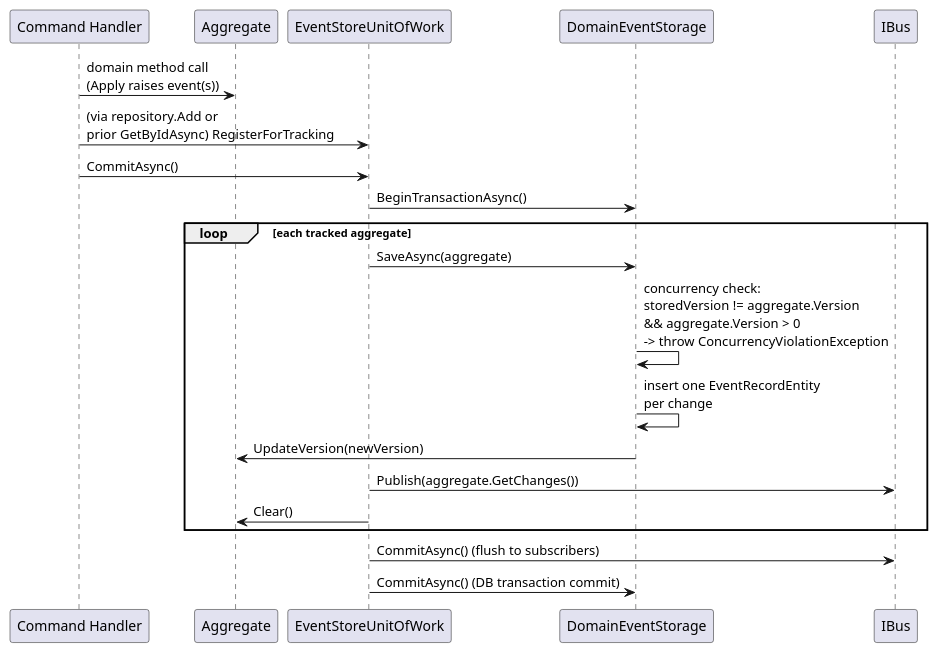
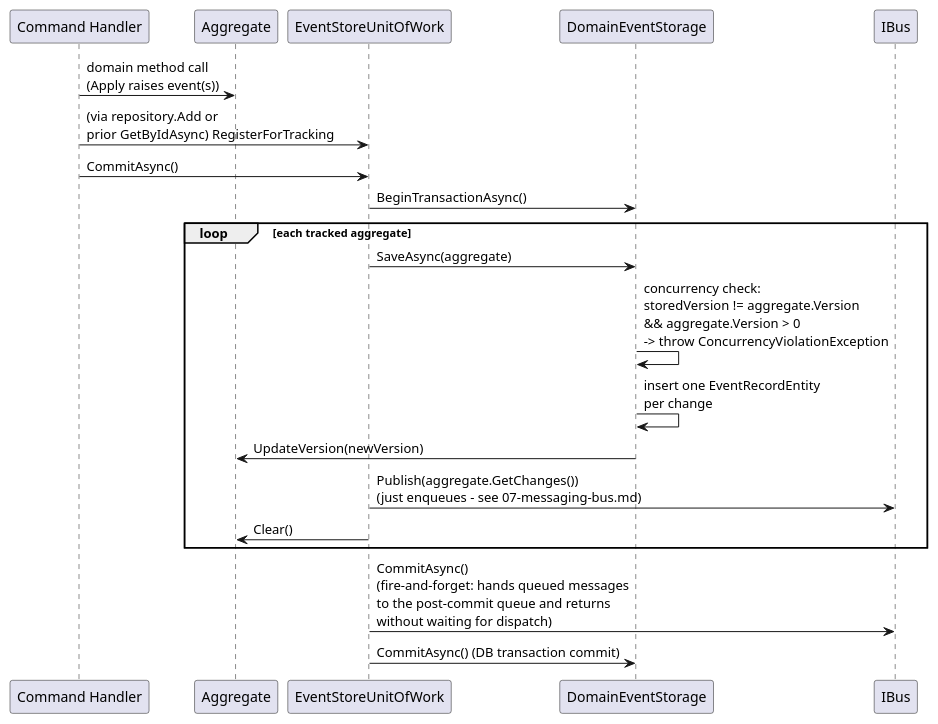
One commit to Mwwhited-BookLearning/fohjin-cqrs changed the sixth of 6 diagrams in docs/06-event-sourcing-infrastructure.md. Above: the diagram before and after it, drawn with PlantUML. The commit also changed other lines of this file and 8 other files, not shown here.

````diff
--- a/docs/06-event-sourcing-infrastructure.md
+++ b/docs/06-event-sourcing-infrastructure.md
@@ -188,24 +192,24 @@
 ```plantuml
 @startuml
 participant "Command Handler" as Handler
 participant "Aggregate" as Agg
 participant "EventStoreUnitOfWork" as Uow
 participant "DomainEventStorage" as Storage
 participant "IBus" as Bus
 
 Handler -> Agg : domain method call\n(Apply raises event(s))
 Handler -> Uow : (via repository.Add or\nprior GetByIdAsync) RegisterForTracking
 Handler -> Uow : CommitAsync()
 Uow -> Storage : BeginTransactionAsync()
 loop each tracked aggregate
     Uow -> Storage : SaveAsync(aggregate)
     Storage -> Storage : concurrency check:\nstoredVersion != aggregate.Version\n&& aggregate.Version > 0\n-> throw ConcurrencyViolationException
     Storage -> Storage : insert one EventRecordEntity\nper change
     Storage -> Agg : UpdateVersion(newVersion)
-    Uow -> Bus : Publish(aggregate.GetChanges())
+    Uow -> Bus : Publish(aggregate.GetChanges())\n(just enqueues - see 07-messaging-bus.md)
     Uow -> Agg : Clear()
 end
-Uow -> Bus : CommitAsync() (flush to subscribers)
+Uow -> Bus : CommitAsync()\n(fire-and-forget: hands queued messages\nto the post-commit queue and returns\nwithout waiting for dispatch)
 Uow -> Storage : CommitAsync() (DB transaction commit)
 @enduml
 ```
````
